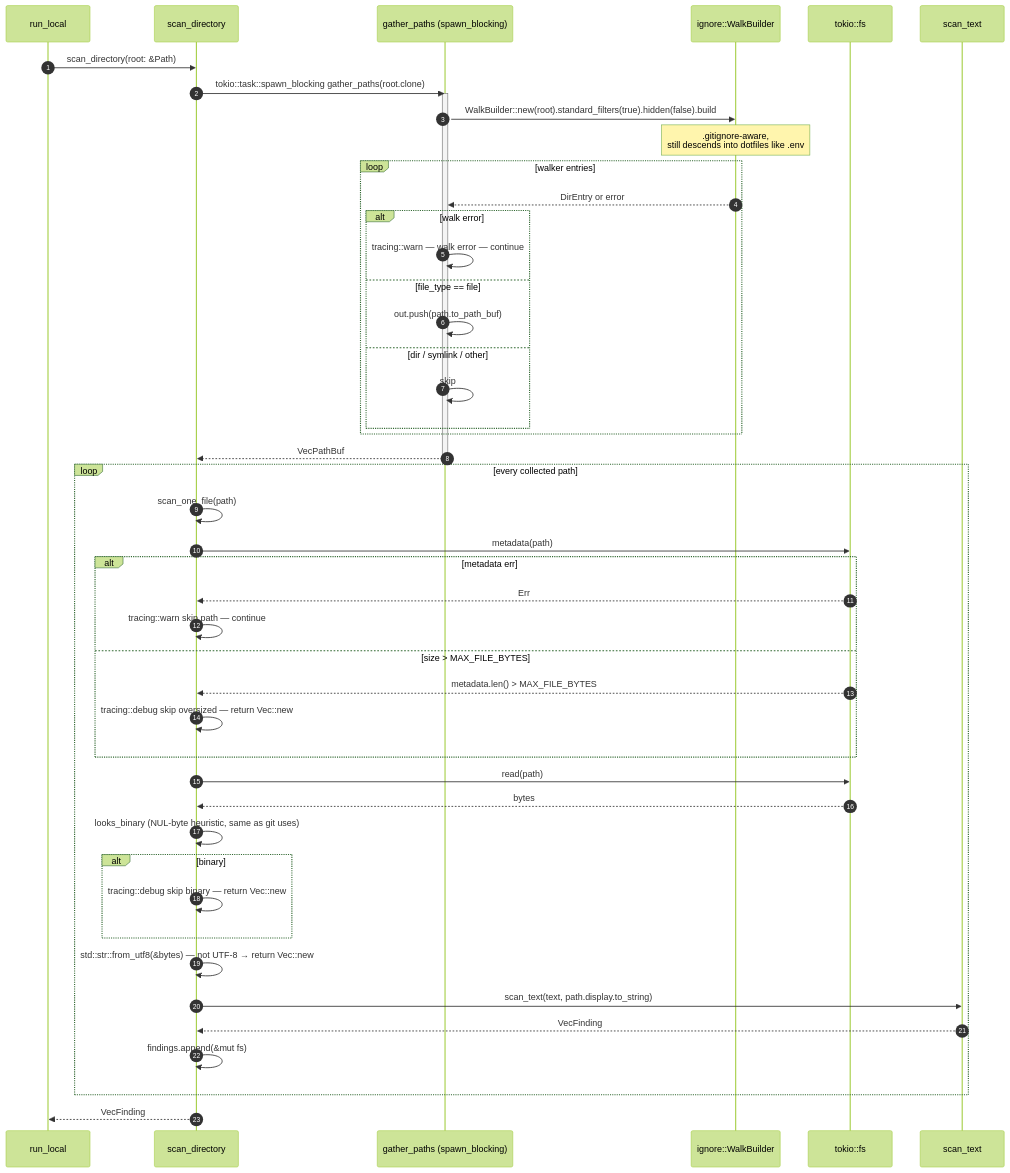
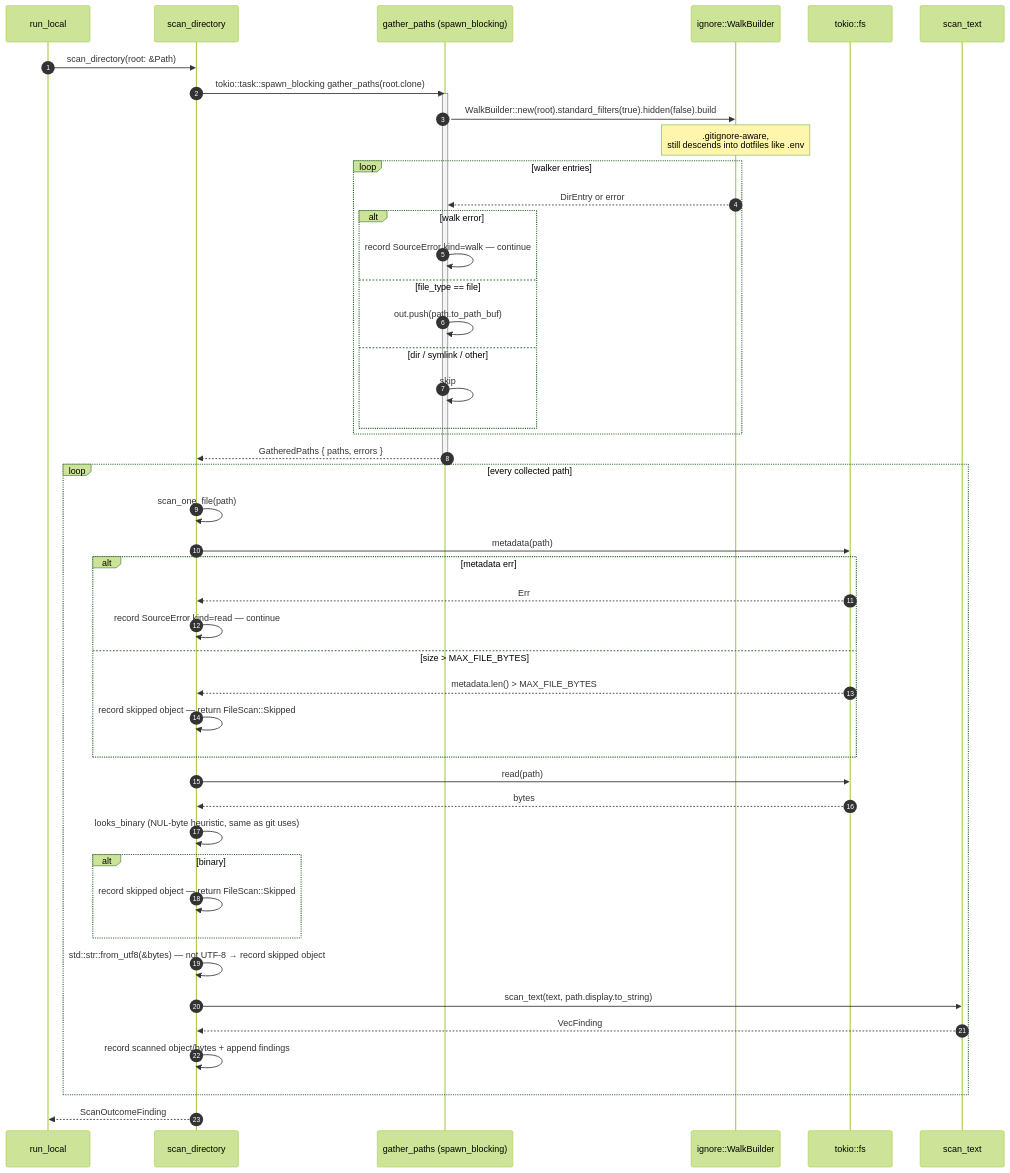
One commit to clavenar/clavenar-shadow-scanner changed the second of 6 diagrams in docs/SEQUENCES.md. Above: the diagram before and after it, drawn with Mermaid (forest theme). The commit also changed other lines of this file and 15 other files, not shown here.

Commit message:
return typed source coverage outcomes

````diff
--- a/docs/SEQUENCES.md
+++ b/docs/SEQUENCES.md
@@ -102,50 +102,50 @@
 ```mermaid
 sequenceDiagram
     autonumber
     participant Run as run_local
     participant Scan as scan_directory
     participant Gather as gather_paths (spawn_blocking)
     participant Ignore as ignore::WalkBuilder
     participant Tokio as tokio::fs
     participant Det as scan_text
 
     Run->>Scan: scan_directory(root: &Path)
     Scan->>Gather: tokio::task::spawn_blocking gather_paths(root.clone)
     activate Gather
     Gather->>Ignore: WalkBuilder::new(root).standard_filters(true).hidden(false).build
     Note over Ignore: .gitignore-aware,<br/>still descends into dotfiles like .env
     loop walker entries
         Ignore-->>Gather: DirEntry or error
         alt walk error
-            Gather->>Gather: tracing::warn — walk error — continue
+            Gather->>Gather: record SourceError kind=walk — continue
         else file_type == file
             Gather->>Gather: out.push(path.to_path_buf)
         else dir / symlink / other
             Gather->>Gather: skip
         end
     end
-    Gather-->>Scan: VecPathBuf
+    Gather-->>Scan: GatheredPaths { paths, errors }
     deactivate Gather
     loop every collected path
         Scan->>Scan: scan_one_file(path)
         Scan->>Tokio: metadata(path)
         alt metadata err
             Tokio-->>Scan: Err
-            Scan->>Scan: tracing::warn skip path — continue
+            Scan->>Scan: record SourceError kind=read — continue
         else size > MAX_FILE_BYTES
             Tokio-->>Scan: metadata.len() > MAX_FILE_BYTES
-            Scan->>Scan: tracing::debug skip oversized — return Vec::new
+            Scan->>Scan: record skipped object — return FileScan::Skipped
         end
         Scan->>Tokio: read(path)
         Tokio-->>Scan: bytes
         Scan->>Scan: looks_binary (NUL-byte heuristic, same as git uses)
         alt binary
-            Scan->>Scan: tracing::debug skip binary — return Vec::new
+            Scan->>Scan: record skipped object — return FileScan::Skipped
         end
-        Scan->>Scan: std::str::from_utf8(&bytes) — not UTF-8 → return Vec::new
+        Scan->>Scan: std::str::from_utf8(&bytes) — not UTF-8 → record skipped object
         Scan->>Det: scan_text(text, path.display.to_string)
         Det-->>Scan: VecFinding
-        Scan->>Scan: findings.append(&mut fs)
+        Scan->>Scan: record scanned object/bytes + append findings
     end
-    Scan-->>Run: VecFinding
+    Scan-->>Run: ScanOutcomeFinding
 ```
````
